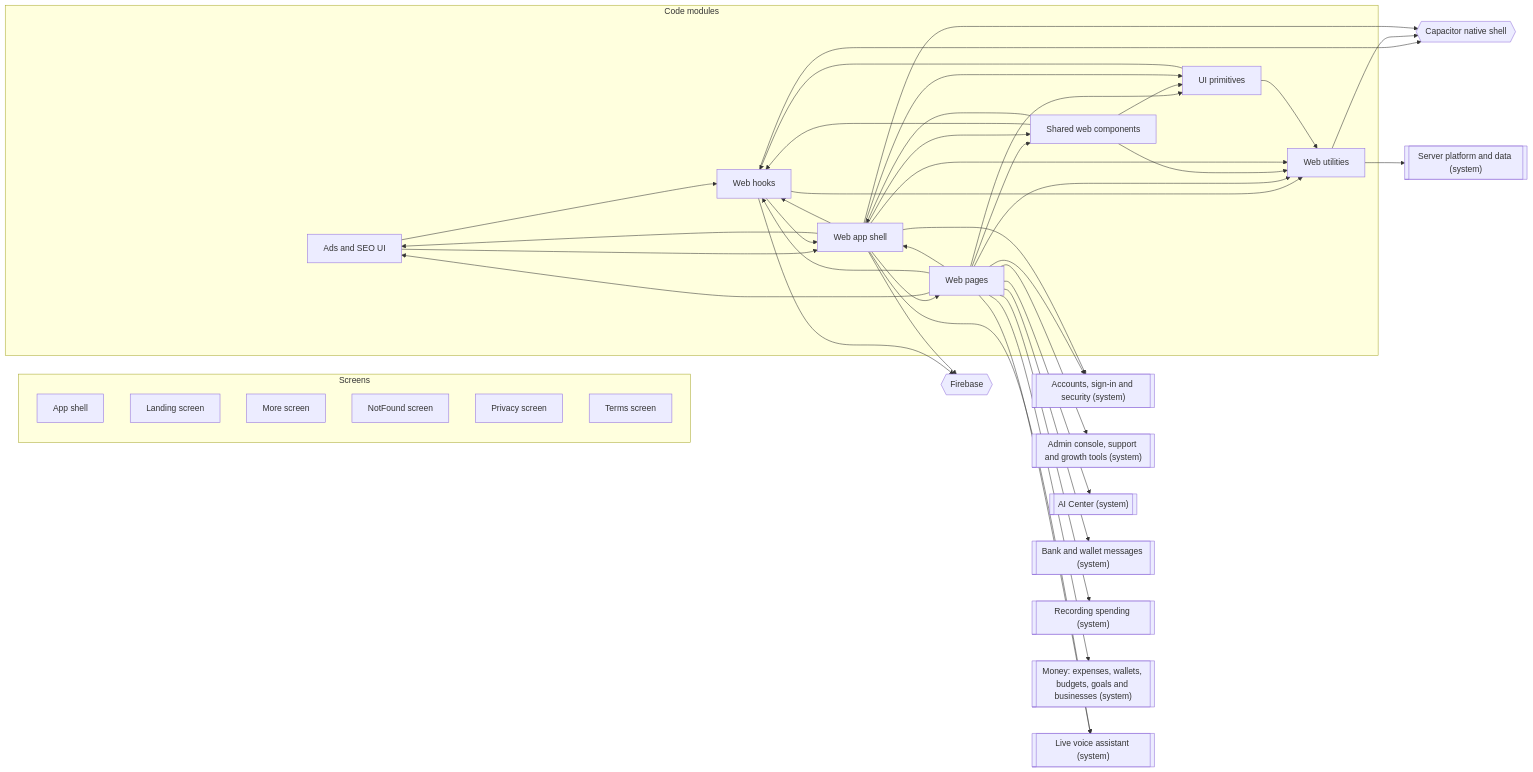
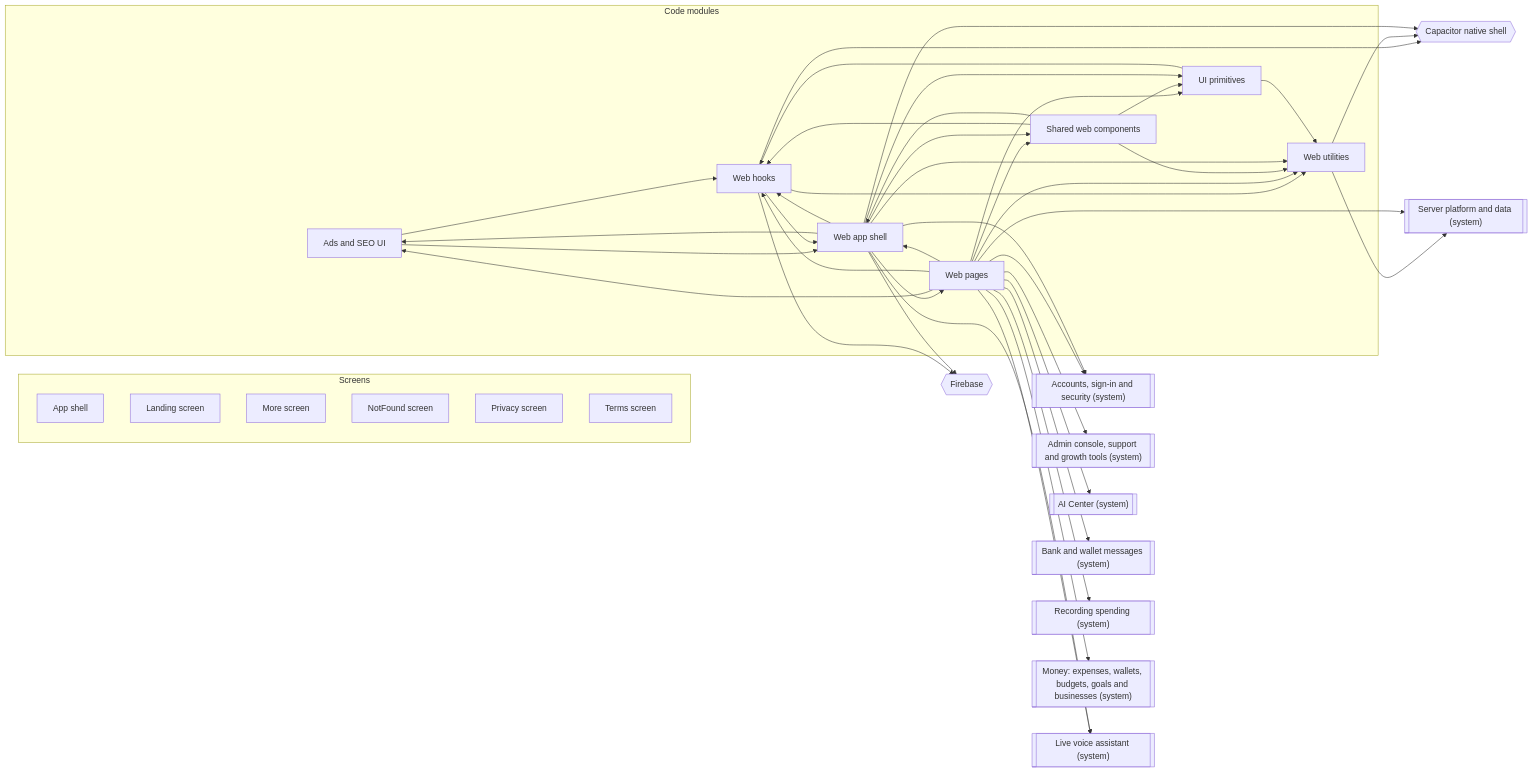
The diagram in docs/atlas/systems/web-app.md (mahmoudtaherr111/smartspend_mini_all), drawn with Mermaid before and after one commit. The commit also changed 9 other files, not shown here.

````diff
--- a/docs/atlas/systems/web-app.md
+++ b/docs/atlas/systems/web-app.md
@@ -13,67 +13,68 @@
 ```mermaid
 flowchart LR
   subgraph g_screens["Screens"]
     page_App_shell["App shell"]
     page_Landing["Landing screen"]
     page_More["More screen"]
     page_NotFound["NotFound screen"]
     page_Privacy["Privacy screen"]
     page_Terms["Terms screen"]
   end
   subgraph g_modules["Code modules"]
     mod_web_growth["Ads and SEO UI"]
     mod_web_hooks["Web hooks"]
     mod_web_lib["Web utilities"]
     mod_web_pages["Web pages"]
     mod_web_shared["Shared web components"]
     mod_web_shell["Web app shell"]
     mod_web_ui_kit["UI primitives"]
   end
   ext_capacitor{{"Capacitor native shell"}}
   ext_firebase{{"Firebase"}}
   sys_accounts[["Accounts, sign-in and security (system)"]]
   sys_admin[["Admin console, support and growth tools (system)"]]
   sys_ai_center[["AI Center (system)"]]
   sys_bank_messages[["Bank and wallet messages (system)"]]
   sys_expense_capture[["Recording spending (system)"]]
   sys_money[["Money: expenses, wallets, budgets, goals and businesses (system)"]]
   sys_platform[["Server platform and data (system)"]]
   sys_voice_calls[["Live voice assistant (system)"]]
   mod_web_growth --> mod_web_hooks
   mod_web_growth --> mod_web_shell
   mod_web_hooks --> ext_capacitor
   mod_web_hooks --> ext_firebase
   mod_web_hooks --> mod_web_lib
   mod_web_hooks --> mod_web_shell
   mod_web_lib --> ext_capacitor
   mod_web_lib --> sys_platform
   mod_web_pages --> mod_web_growth
   mod_web_pages --> mod_web_hooks
   mod_web_pages --> mod_web_lib
   mod_web_pages --> mod_web_shared
   mod_web_pages --> mod_web_shell
   mod_web_pages --> mod_web_ui_kit
   mod_web_pages --> sys_accounts
   mod_web_pages --> sys_admin
   mod_web_pages --> sys_ai_center
   mod_web_pages --> sys_bank_messages
   mod_web_pages --> sys_expense_capture
   mod_web_pages --> sys_money
+  mod_web_pages --> sys_platform
   mod_web_pages --> sys_voice_calls
   mod_web_shared --> mod_web_hooks
   mod_web_shared --> mod_web_lib
   mod_web_shared --> mod_web_shell
   mod_web_shared --> mod_web_ui_kit
   mod_web_shell --> ext_capacitor
   mod_web_shell --> ext_firebase
   mod_web_shell --> mod_web_growth
   mod_web_shell --> mod_web_hooks
   mod_web_shell --> mod_web_lib
   mod_web_shell --> mod_web_pages
   mod_web_shell --> mod_web_shared
   mod_web_shell --> mod_web_ui_kit
   mod_web_shell --> sys_accounts
   mod_web_shell --> sys_voice_calls
   mod_web_ui_kit --> mod_web_hooks
   mod_web_ui_kit --> mod_web_lib
 ```
````
